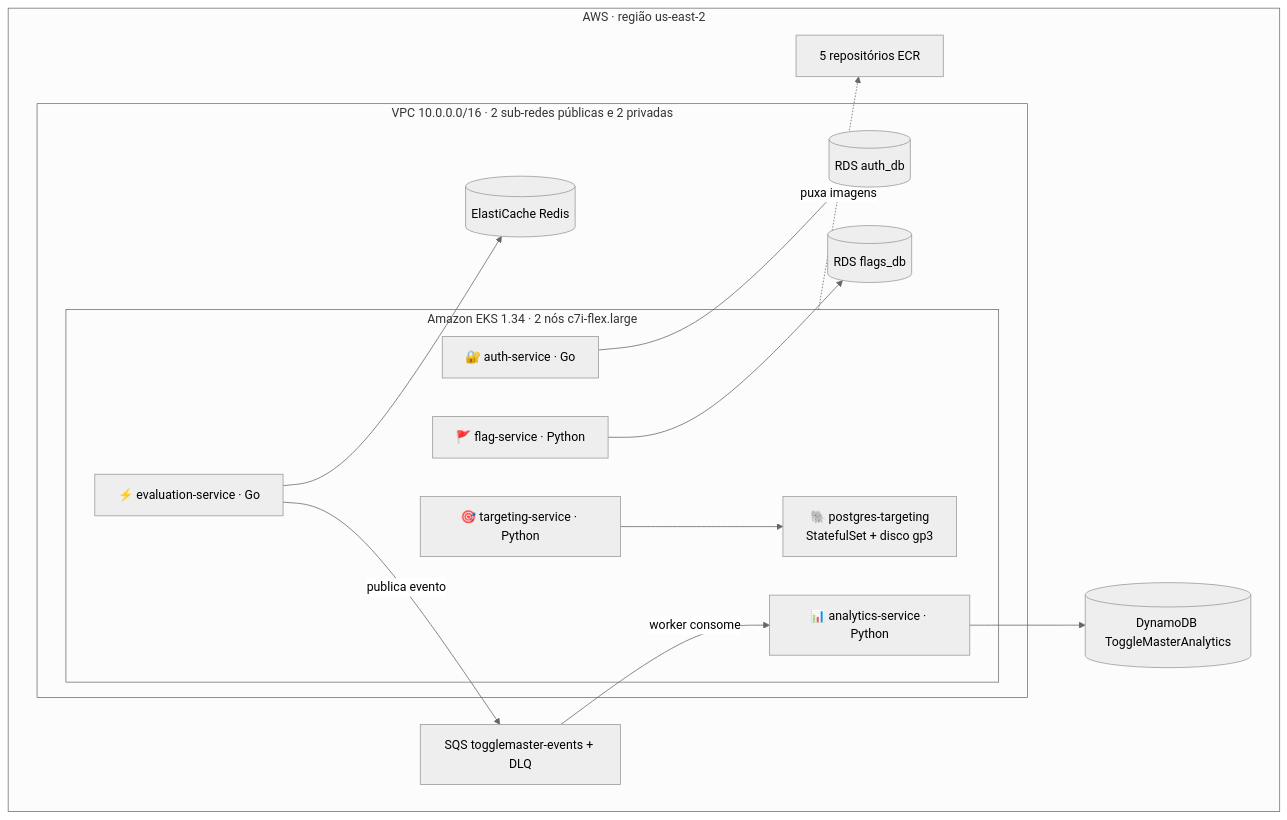
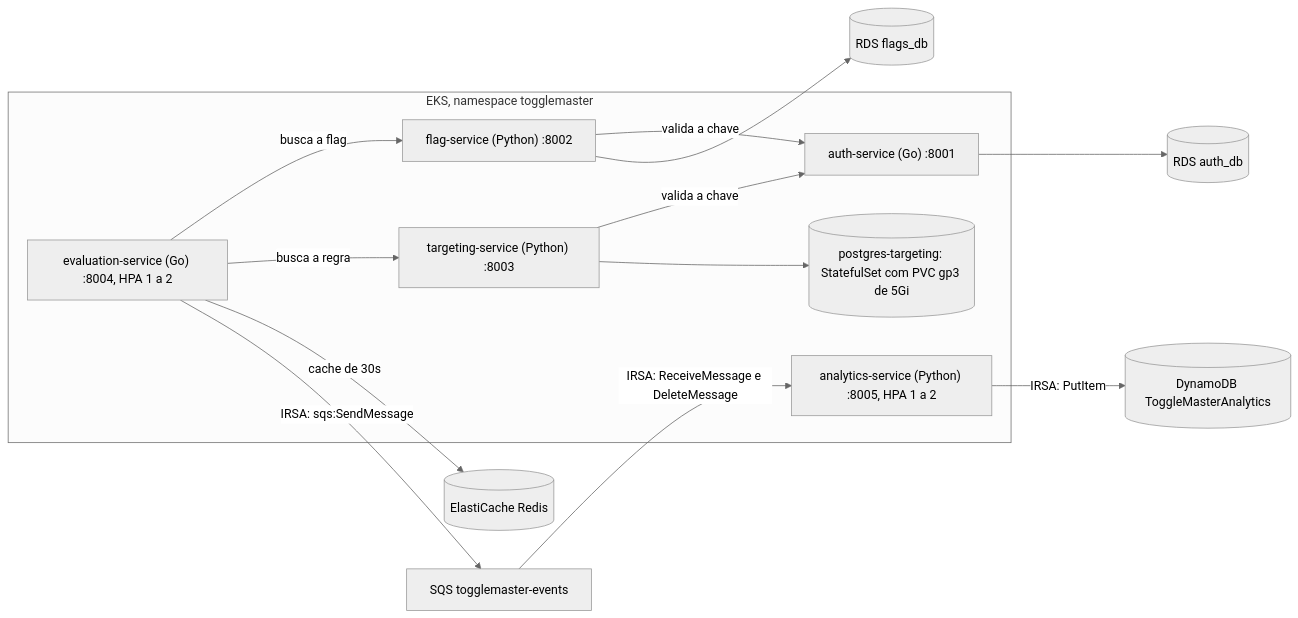
The third of 3 diagrams in README.md (fiap-devops-arqcloud-2026/tech-challenge-03), drawn with Mermaid (neutral theme) before and after one commit. The commit also changed other lines of this file and 22 other files, not shown here.

````diff
--- a/README.md
+++ b/README.md
@@ -123,30 +111,22 @@
 ```mermaid
-flowchart TB
-    subgraph AWS["AWS · região us-east-2"]
-        subgraph VPC["VPC 10.0.0.0/16 · 2 sub-redes públicas e 2 privadas"]
-            subgraph EKS["Amazon EKS 1.34 · 2 nós c7i-flex.large"]
-                AUTH["🔐 auth-service · Go"]
-                FLAG["🚩 flag-service · Python"]
-                TGT["🎯 targeting-service · Python"]
-                EVAL["⚡ evaluation-service · Go"]
-                ANA["📊 analytics-service · Python"]
-                PG["🐘 postgres-targeting<br/>StatefulSet + disco gp3"]
-            end
-            RDS1[("RDS auth_db")]
-            RDS2[("RDS flags_db")]
-            REDIS[("ElastiCache Redis")]
-        end
-        SQS["SQS togglemaster-events + DLQ"]
-        DDB[("DynamoDB ToggleMasterAnalytics")]
-        ECR["5 repositórios ECR"]
+flowchart LR
+    subgraph NS["EKS, namespace togglemaster"]
+        AUTH["auth-service (Go) :8001"]
+        FLAG["flag-service (Python) :8002"]
+        TARG["targeting-service (Python) :8003"]
+        EVAL["evaluation-service (Go) :8004, HPA 1 a 2"]
+        ANA["analytics-service (Python) :8005, HPA 1 a 2"]
+        PG[("postgres-targeting: StatefulSet com PVC gp3 de 5Gi")]
     end
-
-    AUTH --> RDS1
-    FLAG --> RDS2
-    TGT --> PG
-    EVAL --> REDIS
-    EVAL -- "publica evento" --> SQS
-    SQS -- "worker consome" --> ANA
-    ANA --> DDB
-    EKS -. "puxa imagens" .-> ECR
+    FLAG -- "valida a chave" --> AUTH
+    TARG -- "valida a chave" --> AUTH
+    EVAL -- "busca a flag" --> FLAG
+    EVAL -- "busca a regra" --> TARG
+    TARG --> PG
+    AUTH --> RDSA[("RDS auth_db")]
+    FLAG --> RDSF[("RDS flags_db")]
+    EVAL -- "cache de 30s" --> REDIS[("ElastiCache Redis")]
+    EVAL -- "IRSA: sqs:SendMessage" --> Q["SQS togglemaster-events"]
+    Q -- "IRSA: ReceiveMessage e DeleteMessage" --> ANA
+    ANA -- "IRSA: PutItem" --> TAB[("DynamoDB ToggleMasterAnalytics")]
 ```
````
